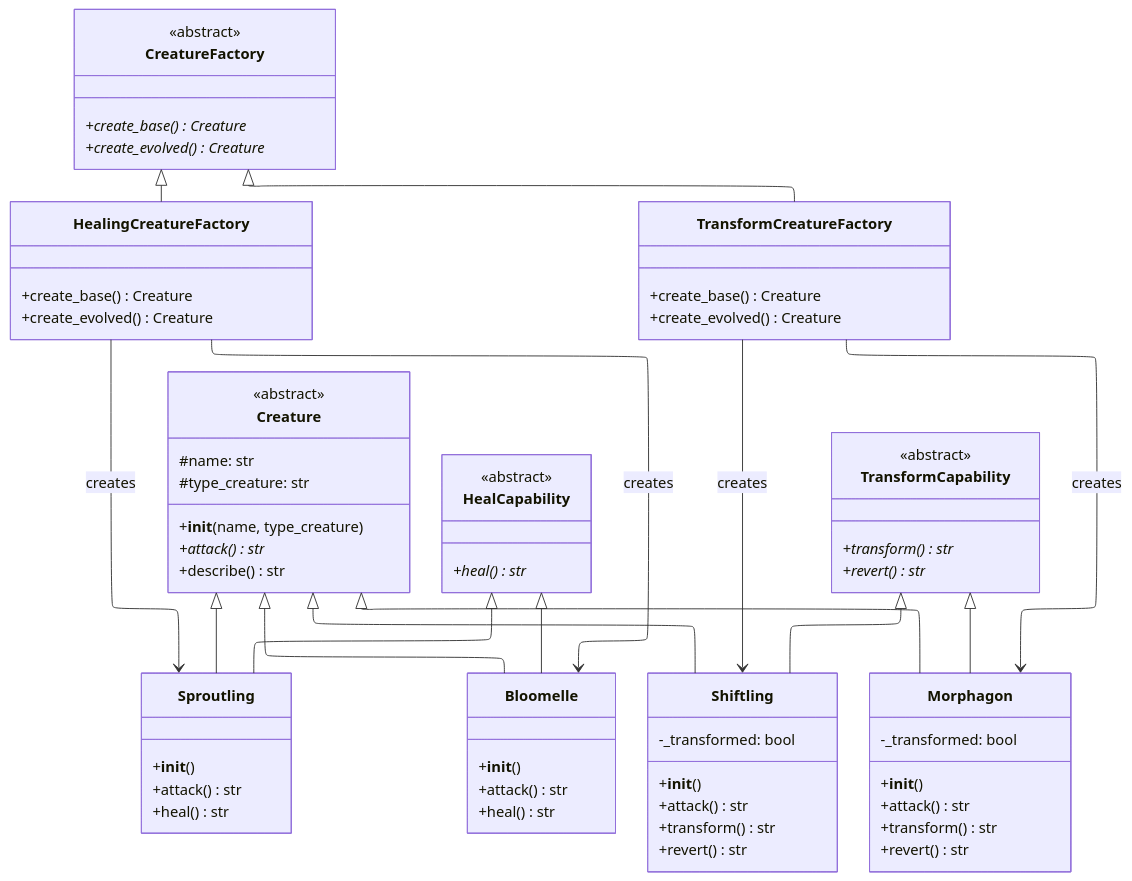
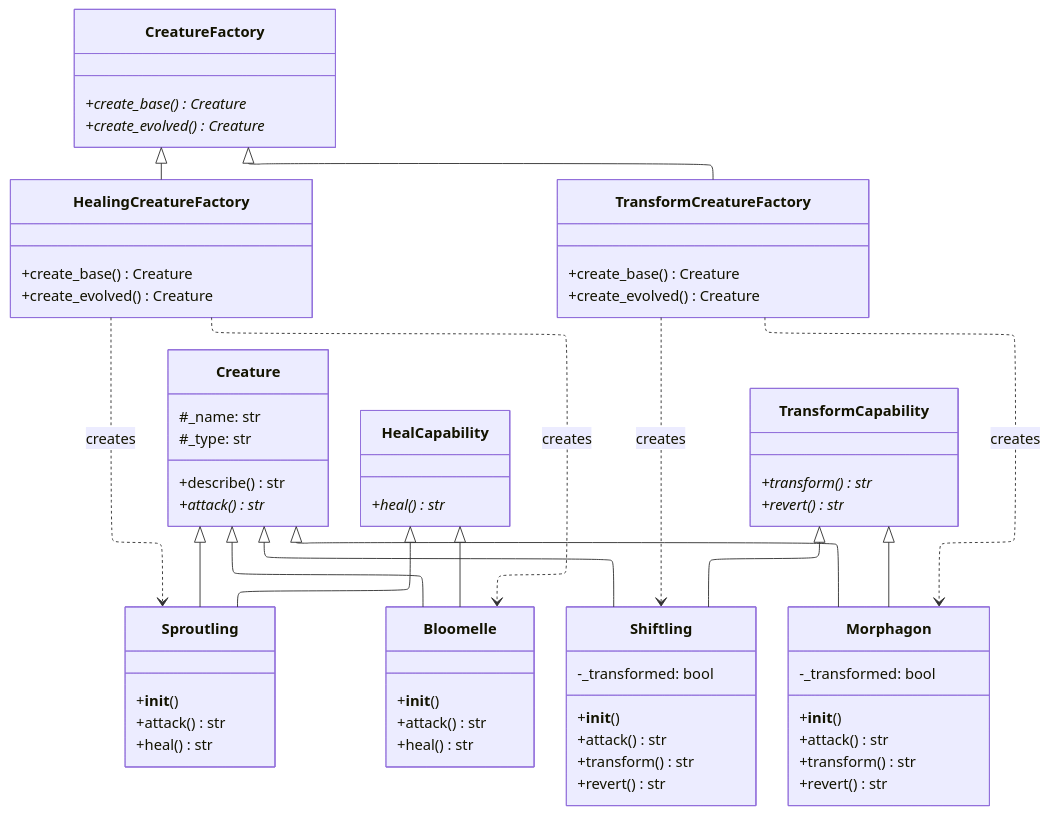
Before and after one commit to crlscb/python07: the diagram in ex1/readme.md, drawn with Mermaid.

Commit message:
upload UML Class Diagram

````diff
--- a/ex1/readme.md
+++ b/ex1/readme.md
@@ -6,39 +6,34 @@
   layout: elk
 ---
 classDiagram
-
     class Creature {
-        <<abstract>>
-        #name: str
-        #type_creature: str
-        +__init__(name, type_creature)
+        #_name: str
+        #_type: str
+        +describe() str
         +attack()* str
-        +describe() str
     }
-
+    
     class HealCapability {
-        <<abstract>>
         +heal()* str
     }
-
+    
     class TransformCapability {
-        <<abstract>>
         +transform()* str
         +revert()* str
     }
-
+    
     class Sproutling {
         +__init__()
         +attack() str
         +heal() str
     }
-
+    
     class Bloomelle {
         +__init__()
         +attack() str
         +heal() str
     }
-
+    
     class Shiftling {
         -_transformed: bool
         +__init__()
@@ -46,7 +41,7 @@
         +transform() str
         +revert() str
     }
-
+    
     class Morphagon {
         -_transformed: bool
         +__init__()
@@ -54,40 +49,34 @@
         +transform() str
         +revert() str
     }
-
+    
     class CreatureFactory {
-        <<abstract>>
         +create_base()* Creature
         +create_evolved()* Creature
     }
-
+    
     class HealingCreatureFactory {
         +create_base() Creature
         +create_evolved() Creature
     }
-
+    
     class TransformCreatureFactory {
         +create_base() Creature
         +create_evolved() Creature
     }
-
+    
     Creature <|-- Sproutling
     Creature <|-- Bloomelle
     Creature <|-- Shiftling
     Creature <|-- Morphagon
-
     HealCapability <|-- Sproutling
     HealCapability <|-- Bloomelle
-
     TransformCapability <|-- Shiftling
     TransformCapability <|-- Morphagon
-
     CreatureFactory <|-- HealingCreatureFactory
     CreatureFactory <|-- TransformCreatureFactory
-
-    HealingCreatureFactory --> Sproutling : creates
-    HealingCreatureFactory --> Bloomelle : creates
-
-    TransformCreatureFactory --> Shiftling : creates
-    TransformCreatureFactory --> Morphagon : creates
+    HealingCreatureFactory ..> Sproutling: creates
+    HealingCreatureFactory ..> Bloomelle: creates
+    TransformCreatureFactory ..> Shiftling: creates
+    TransformCreatureFactory ..> Morphagon: creates
 ```
````
